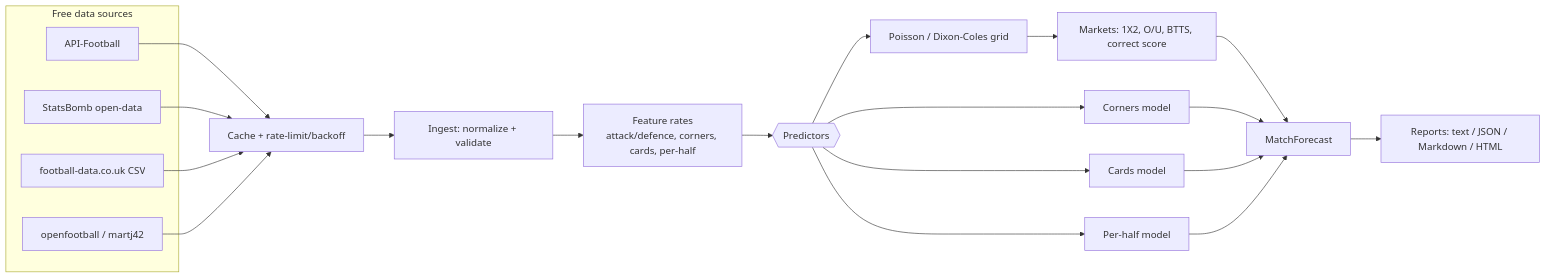
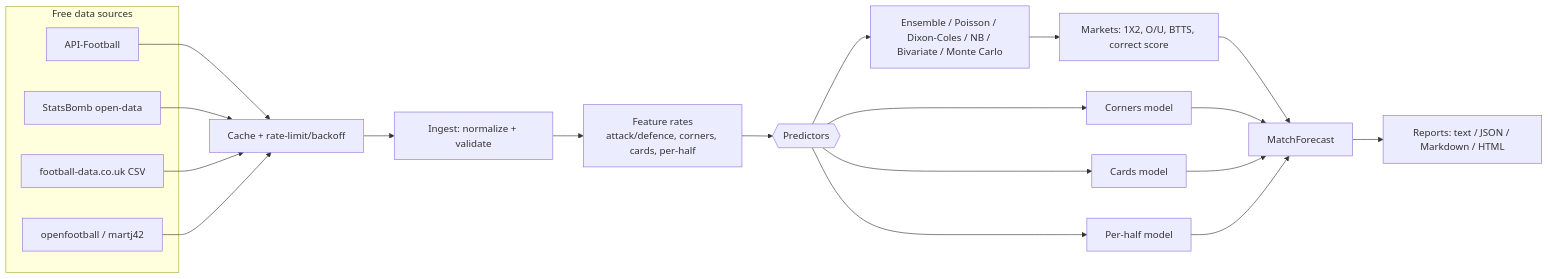
The first of 2 diagrams in README.md (armandabiri/soccer_prediction), drawn with Mermaid before and after one commit. The commit also changed other lines of this file and 35 other files, not shown here.

````diff
--- a/README.md
+++ b/README.md
@@ -46,20 +48,20 @@
 ```mermaid
 flowchart LR
   subgraph Sources["Free data sources"]
     A1[API-Football]
     A2[StatsBomb open-data]
     A3[football-data.co.uk CSV]
     A4[openfootball / martj42]
   end
   A1 & A2 & A3 & A4 --> C[Cache + rate-limit/backoff]
   C --> N[Ingest: normalize + validate]
   N --> R[Feature rates<br/>attack/defence, corners, cards, per-half]
   R --> P{{Predictors}}
-  P --> P1[Poisson / Dixon-Coles grid]
+  P --> P1[Ensemble / Poisson / Dixon-Coles / NB / Bivariate / Monte Carlo]
   P --> P2[Corners model]
   P --> P3[Cards model]
   P --> P4[Per-half model]
   P1 --> M[Markets: 1X2, O/U, BTTS, correct score]
   M & P2 & P3 & P4 --> F[MatchForecast]
   F --> O[Reports: text / JSON / Markdown / HTML]
 ```
````
